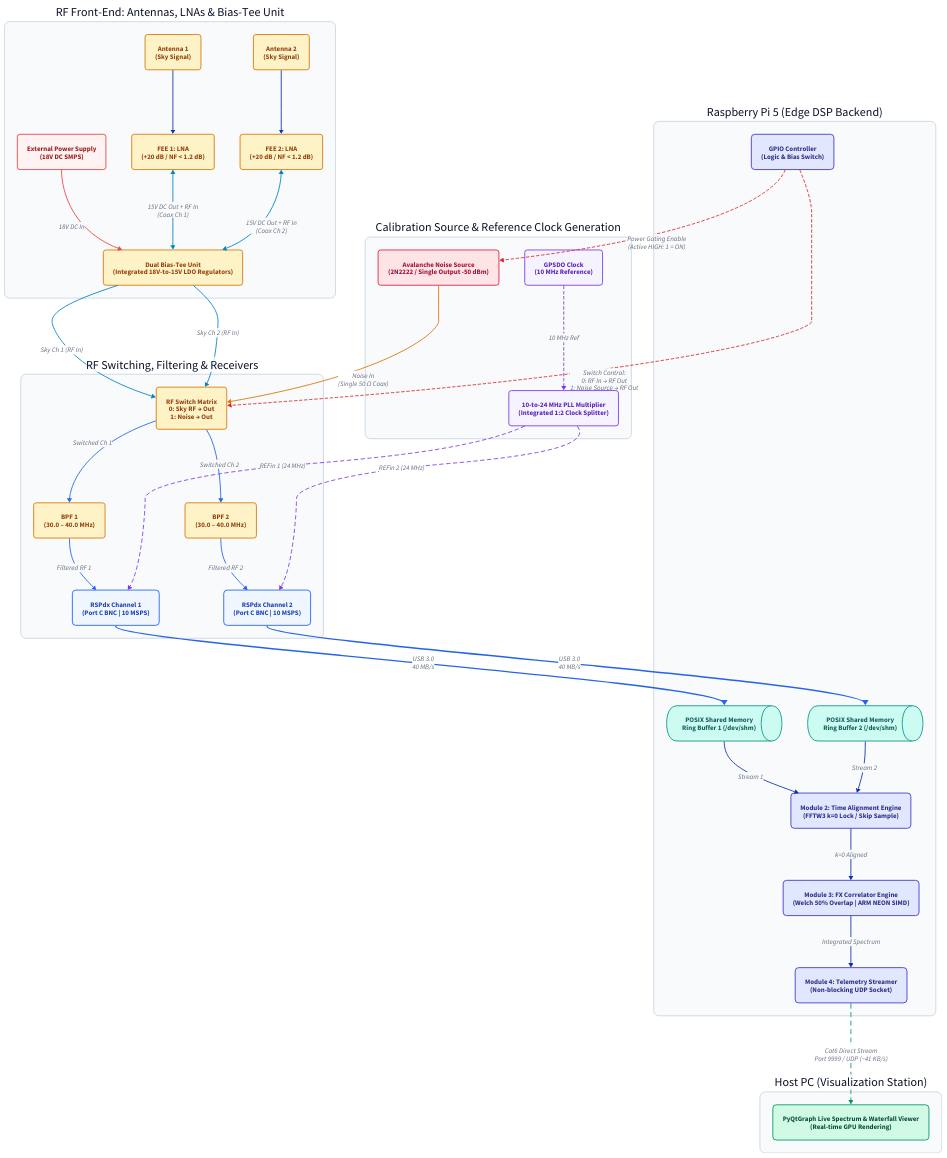
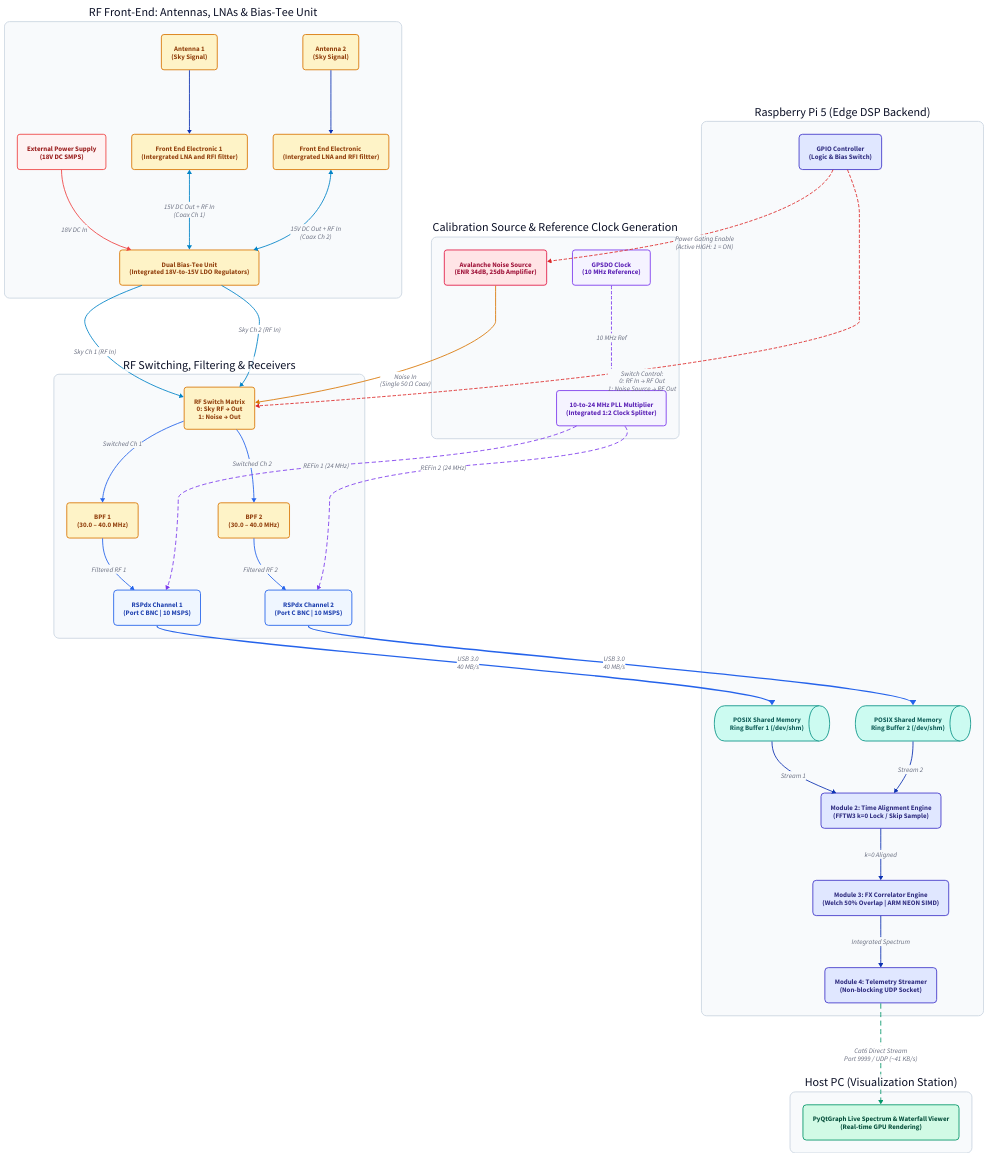
One commit to tuchau1404/solar_correlator changed the diagram in docs/assets/architecture.d2. Above: the diagram before and after it, drawn with D2. The commit also changed 1 other file, not shown here.

```diff
--- a/docs/assets/architecture.d2
+++ b/docs/assets/architecture.d2
@@ -85,10 +85,10 @@
   }
 
   ant1: "Antenna 1\n(Sky Signal)" {class: rf_node}
-  fee1: "FEE 1: LNA\n(+20 dB / NF < 1.2 dB)" {class: rf_node}
+  fee1: "Front End Electronic 1 \n(Intergrated LNA and RFI filtter)" {class: rf_node}
 
   ant2: "Antenna 2\n(Sky Signal)" {class: rf_node}
-  fee2: "FEE 2: LNA\n(+20 dB / NF < 1.2 dB)" {class: rf_node}
+  fee2: "Front End Electronic \n(Intergrated LNA and RFI filtter)" {class: rf_node}
 
   pwr_18v: "External Power Supply\n(18V DC SMPS)" {class: pwr_node}
   bias_tee: "Dual Bias-Tee Unit\n(Integrated 18V-to-15V LDO Regulators)" {class: rf_node}
@@ -120,7 +120,7 @@
     border-radius: 12
   }
 
-  noise_src: "Avalanche Noise Source\n(2N2222 / Single Output -50 dBm)" {class: cal_node}
+  noise_src: "Avalanche Noise Source\n(ENR 34dB, 25db Amplifier) " {class: cal_node}
 
   gpsdo: "GPSDO Clock\n(10 MHz Reference)" {class: clk_node}
   pll_synth: "10-to-24 MHz PLL Multiplier\n(Integrated 1:2 Clock Splitter)" {class: clk_node}
```
